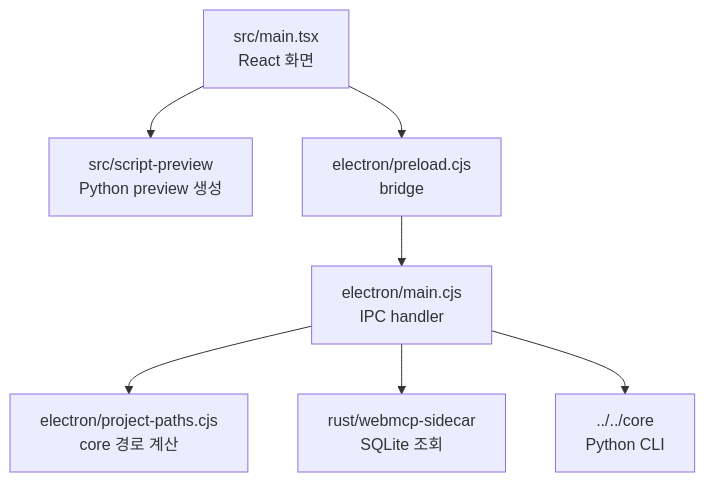
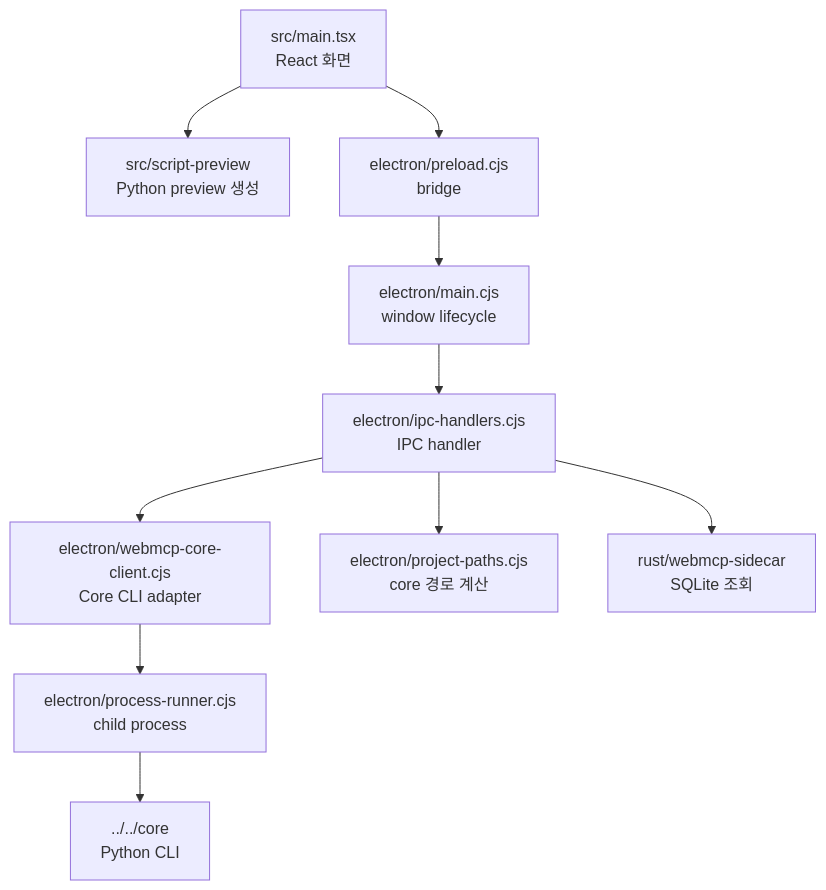
One commit to minguk-jang/spica_at_home changed the first of 2 diagrams in webmcp/apps/desktop/README.md. Above: the diagram before and after it, drawn with Mermaid. The commit also changed other lines of this file and 23 other files, not shown here.

````diff
--- a/webmcp/apps/desktop/README.md
+++ b/webmcp/apps/desktop/README.md
@@ -24,17 +24,23 @@
 ```mermaid
 flowchart TB
   UI["src/main.tsx<br/>React 화면"]
   Preview["src/script-preview<br/>Python preview 생성"]
-  Main["electron/main.cjs<br/>IPC handler"]
+  Main["electron/main.cjs<br/>window lifecycle"]
+  Ipc["electron/ipc-handlers.cjs<br/>IPC handler"]
+  Client["electron/webmcp-core-client.cjs<br/>Core CLI adapter"]
+  Runner["electron/process-runner.cjs<br/>child process"]
   Preload["electron/preload.cjs<br/>bridge"]
   Paths["electron/project-paths.cjs<br/>core 경로 계산"]
   Sidecar["rust/webmcp-sidecar<br/>SQLite 조회"]
   Core["../../core<br/>Python CLI"]
 
   UI --> Preview
   UI --> Preload
   Preload --> Main
-  Main --> Paths
-  Main --> Sidecar
-  Main --> Core
+  Main --> Ipc
+  Ipc --> Paths
+  Ipc --> Sidecar
+  Ipc --> Client
+  Client --> Runner
+  Runner --> Core
 ```
````
